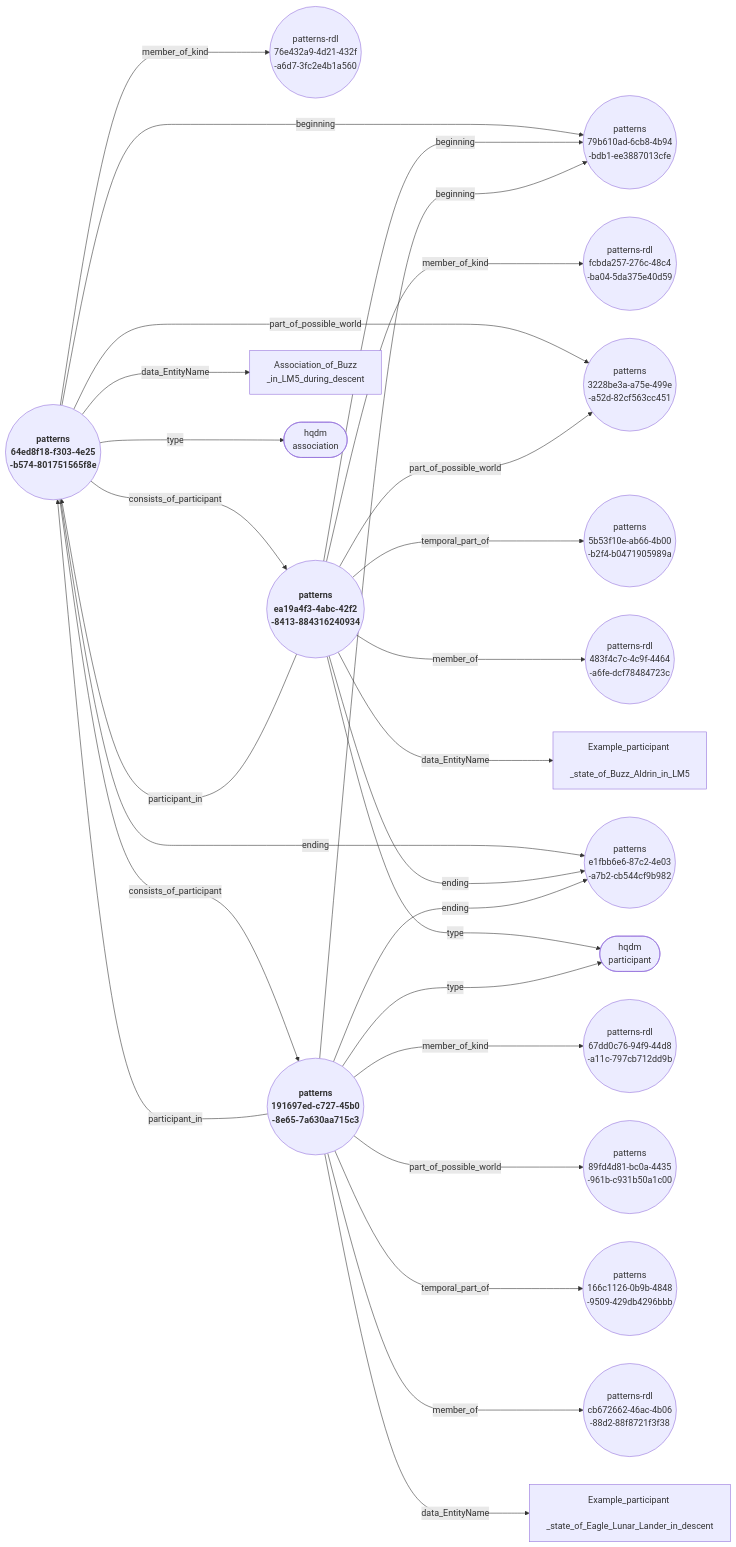
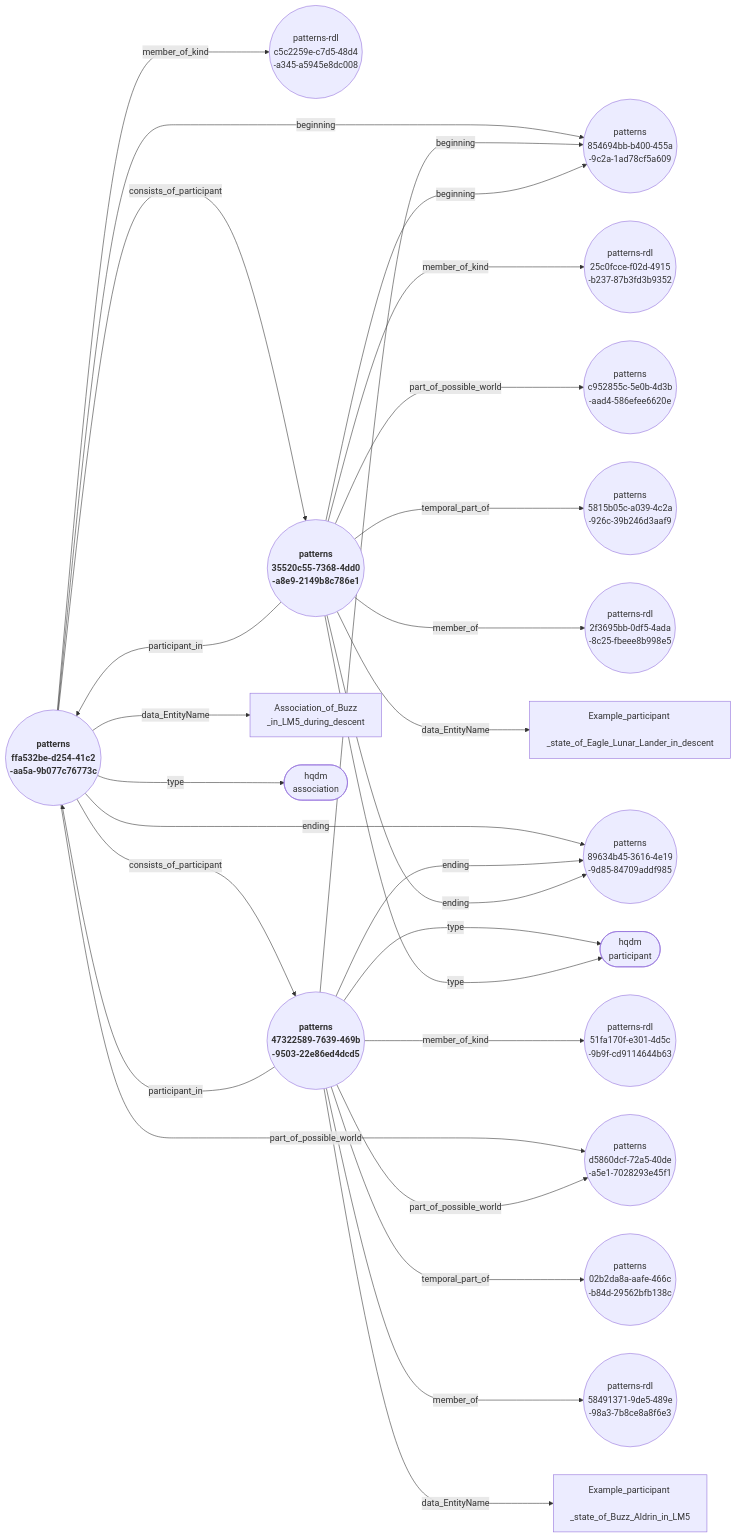
One commit to ClimbingAl/HqdmPatterns changed the diagram in docs/extras/example-files/buzzInLM5AssociationAndParticipantsNodeEdgeGraph.mermaid. Above: the diagram before and after it, drawn with Mermaid. The commit also changed 50 other files, not shown here.

````diff
--- a/docs/extras/example-files/buzzInLM5AssociationAndParticipantsNodeEdgeGraph.mermaid
+++ b/docs/extras/example-files/buzzInLM5AssociationAndParticipantsNodeEdgeGraph.mermaid
@@ -1,29 +1,29 @@
 ``` mermaid
 graph LR
-  64ed8f18-f303-4e25-b574-801751565f8e(("<b> patterns <br> 64ed8f18-f303-4e25 <br> -b574-801751565f8e"))--->|"beginning"|79b610ad-6cb8-4b94-bdb1-ee3887013cfe(("patterns <br> 79b610ad-6cb8-4b94 <br> -bdb1-ee3887013cfe"));
-  64ed8f18-f303-4e25-b574-801751565f8e(("<b> patterns <br> 64ed8f18-f303-4e25 <br> -b574-801751565f8e"))--->|"member_of_kind"|76e432a9-4d21-432f-a6d7-3fc2e4b1a560(("patterns-rdl <br> 76e432a9-4d21-432f <br> -a6d7-3fc2e4b1a560"));
-  64ed8f18-f303-4e25-b574-801751565f8e(("<b> patterns <br> 64ed8f18-f303-4e25 <br> -b574-801751565f8e"))--->|"consists_of_participant"|ea19a4f3-4abc-42f2-8413-884316240934(("<b> patterns <br> ea19a4f3-4abc-42f2 <br> -8413-884316240934"));
-  64ed8f18-f303-4e25-b574-801751565f8e(("<b> patterns <br> 64ed8f18-f303-4e25 <br> -b574-801751565f8e"))--->|"consists_of_participant"|191697ed-c727-45b0-8e65-7a630aa715c3(("<b> patterns <br> 191697ed-c727-45b0 <br> -8e65-7a630aa715c3"));
-  64ed8f18-f303-4e25-b574-801751565f8e(("<b> patterns <br> 64ed8f18-f303-4e25 <br> -b574-801751565f8e"))--->|"part_of_possible_world"|3228be3a-a75e-499e-a52d-82cf563cc451(("patterns <br> 3228be3a-a75e-499e <br> -a52d-82cf563cc451"));
-  64ed8f18-f303-4e25-b574-801751565f8e(("<b> patterns <br> 64ed8f18-f303-4e25 <br> -b574-801751565f8e"))--->|"data_EntityName"|Association_of_Buzz_in_LM5_during_descent["Association_of_Buzz <br> _in_LM5_during_descent"];
-  64ed8f18-f303-4e25-b574-801751565f8e(("<b> patterns <br> 64ed8f18-f303-4e25 <br> -b574-801751565f8e"))--->|"ending"|e1fbb6e6-87c2-4e03-a7b2-cb544cf9b982(("patterns <br> e1fbb6e6-87c2-4e03 <br> -a7b2-cb544cf9b982"));
-  64ed8f18-f303-4e25-b574-801751565f8e(("<b> patterns <br> 64ed8f18-f303-4e25 <br> -b574-801751565f8e"))--->|"type"|association(["hqdm <br> association"]);
-  ea19a4f3-4abc-42f2-8413-884316240934(("<b> patterns <br> ea19a4f3-4abc-42f2 <br> -8413-884316240934"))--->|"beginning"|79b610ad-6cb8-4b94-bdb1-ee3887013cfe(("patterns <br> 79b610ad-6cb8-4b94 <br> -bdb1-ee3887013cfe"));
-  ea19a4f3-4abc-42f2-8413-884316240934(("<b> patterns <br> ea19a4f3-4abc-42f2 <br> -8413-884316240934"))--->|"member_of_kind"|fcbda257-276c-48c4-ba04-5da375e40d59(("patterns-rdl <br> fcbda257-276c-48c4 <br> -ba04-5da375e40d59"));
-  ea19a4f3-4abc-42f2-8413-884316240934(("<b> patterns <br> ea19a4f3-4abc-42f2 <br> -8413-884316240934"))--->|"part_of_possible_world"|3228be3a-a75e-499e-a52d-82cf563cc451(("patterns <br> 3228be3a-a75e-499e <br> -a52d-82cf563cc451"));
-  ea19a4f3-4abc-42f2-8413-884316240934(("<b> patterns <br> ea19a4f3-4abc-42f2 <br> -8413-884316240934"))--->|"participant_in"|64ed8f18-f303-4e25-b574-801751565f8e(("<b> patterns <br> 64ed8f18-f303-4e25 <br> -b574-801751565f8e"));
-  ea19a4f3-4abc-42f2-8413-884316240934(("<b> patterns <br> ea19a4f3-4abc-42f2 <br> -8413-884316240934"))--->|"temporal_part_of"|5b53f10e-ab66-4b00-b2f4-b0471905989a(("patterns <br> 5b53f10e-ab66-4b00 <br> -b2f4-b0471905989a"));
-  ea19a4f3-4abc-42f2-8413-884316240934(("<b> patterns <br> ea19a4f3-4abc-42f2 <br> -8413-884316240934"))--->|"member_of"|483f4c7c-4c9f-4464-a6fe-dcf78484723c(("patterns-rdl <br> 483f4c7c-4c9f-4464 <br> -a6fe-dcf78484723c"));
-  ea19a4f3-4abc-42f2-8413-884316240934(("<b> patterns <br> ea19a4f3-4abc-42f2 <br> -8413-884316240934"))--->|"data_EntityName"|Example_participant_state_of_Buzz_Aldrin_in_LM5["Example_participant <br> _state_of_Buzz_Aldrin_in_LM5"];
-  ea19a4f3-4abc-42f2-8413-884316240934(("<b> patterns <br> ea19a4f3-4abc-42f2 <br> -8413-884316240934"))--->|"ending"|e1fbb6e6-87c2-4e03-a7b2-cb544cf9b982(("patterns <br> e1fbb6e6-87c2-4e03 <br> -a7b2-cb544cf9b982"));
-  ea19a4f3-4abc-42f2-8413-884316240934(("<b> patterns <br> ea19a4f3-4abc-42f2 <br> -8413-884316240934"))--->|"type"|participant(["hqdm <br> participant"]);
-  191697ed-c727-45b0-8e65-7a630aa715c3(("<b> patterns <br> 191697ed-c727-45b0 <br> -8e65-7a630aa715c3"))--->|"beginning"|79b610ad-6cb8-4b94-bdb1-ee3887013cfe(("patterns <br> 79b610ad-6cb8-4b94 <br> -bdb1-ee3887013cfe"));
-  191697ed-c727-45b0-8e65-7a630aa715c3(("<b> patterns <br> 191697ed-c727-45b0 <br> -8e65-7a630aa715c3"))--->|"member_of_kind"|67dd0c76-94f9-44d8-a11c-797cb712dd9b(("patterns-rdl <br> 67dd0c76-94f9-44d8 <br> -a11c-797cb712dd9b"));
-  191697ed-c727-45b0-8e65-7a630aa715c3(("<b> patterns <br> 191697ed-c727-45b0 <br> -8e65-7a630aa715c3"))--->|"part_of_possible_world"|89fd4d81-bc0a-4435-961b-c931b50a1c00(("patterns <br> 89fd4d81-bc0a-4435 <br> -961b-c931b50a1c00"));
-  191697ed-c727-45b0-8e65-7a630aa715c3(("<b> patterns <br> 191697ed-c727-45b0 <br> -8e65-7a630aa715c3"))--->|"participant_in"|64ed8f18-f303-4e25-b574-801751565f8e(("<b> patterns <br> 64ed8f18-f303-4e25 <br> -b574-801751565f8e"));
-  191697ed-c727-45b0-8e65-7a630aa715c3(("<b> patterns <br> 191697ed-c727-45b0 <br> -8e65-7a630aa715c3"))--->|"temporal_part_of"|166c1126-0b9b-4848-9509-429db4296bbb(("patterns <br> 166c1126-0b9b-4848 <br> -9509-429db4296bbb"));
-  191697ed-c727-45b0-8e65-7a630aa715c3(("<b> patterns <br> 191697ed-c727-45b0 <br> -8e65-7a630aa715c3"))--->|"member_of"|cb672662-46ac-4b06-88d2-88f8721f3f38(("patterns-rdl <br> cb672662-46ac-4b06 <br> -88d2-88f8721f3f38"));
-  191697ed-c727-45b0-8e65-7a630aa715c3(("<b> patterns <br> 191697ed-c727-45b0 <br> -8e65-7a630aa715c3"))--->|"data_EntityName"|Example_participant_state_of_Eagle_Lunar_Lander_in_descent["Example_participant <br> _state_of_Eagle_Lunar_Lander_in_descent"];
-  191697ed-c727-45b0-8e65-7a630aa715c3(("<b> patterns <br> 191697ed-c727-45b0 <br> -8e65-7a630aa715c3"))--->|"ending"|e1fbb6e6-87c2-4e03-a7b2-cb544cf9b982(("patterns <br> e1fbb6e6-87c2-4e03 <br> -a7b2-cb544cf9b982"));
-  191697ed-c727-45b0-8e65-7a630aa715c3(("<b> patterns <br> 191697ed-c727-45b0 <br> -8e65-7a630aa715c3"))--->|"type"|participant(["hqdm <br> participant"]);
+  ffa532be-d254-41c2-aa5a-9b077c76773c(("<b> patterns <br> ffa532be-d254-41c2 <br> -aa5a-9b077c76773c"))--->|"beginning"|854694bb-b400-455a-9c2a-1ad78cf5a609(("patterns <br> 854694bb-b400-455a <br> -9c2a-1ad78cf5a609"));
+  ffa532be-d254-41c2-aa5a-9b077c76773c(("<b> patterns <br> ffa532be-d254-41c2 <br> -aa5a-9b077c76773c"))--->|"member_of_kind"|c5c2259e-c7d5-48d4-a345-a5945e8dc008(("patterns-rdl <br> c5c2259e-c7d5-48d4 <br> -a345-a5945e8dc008"));
+  ffa532be-d254-41c2-aa5a-9b077c76773c(("<b> patterns <br> ffa532be-d254-41c2 <br> -aa5a-9b077c76773c"))--->|"consists_of_participant"|35520c55-7368-4dd0-a8e9-2149b8c786e1(("<b> patterns <br> 35520c55-7368-4dd0 <br> -a8e9-2149b8c786e1"));
+  ffa532be-d254-41c2-aa5a-9b077c76773c(("<b> patterns <br> ffa532be-d254-41c2 <br> -aa5a-9b077c76773c"))--->|"consists_of_participant"|47322589-7639-469b-9503-22e86ed4dcd5(("<b> patterns <br> 47322589-7639-469b <br> -9503-22e86ed4dcd5"));
+  ffa532be-d254-41c2-aa5a-9b077c76773c(("<b> patterns <br> ffa532be-d254-41c2 <br> -aa5a-9b077c76773c"))--->|"part_of_possible_world"|d5860dcf-72a5-40de-a5e1-7028293e45f1(("patterns <br> d5860dcf-72a5-40de <br> -a5e1-7028293e45f1"));
+  ffa532be-d254-41c2-aa5a-9b077c76773c(("<b> patterns <br> ffa532be-d254-41c2 <br> -aa5a-9b077c76773c"))--->|"data_EntityName"|Association_of_Buzz_in_LM5_during_descent["Association_of_Buzz <br> _in_LM5_during_descent"];
+  ffa532be-d254-41c2-aa5a-9b077c76773c(("<b> patterns <br> ffa532be-d254-41c2 <br> -aa5a-9b077c76773c"))--->|"ending"|89634b45-3616-4e19-9d85-84709addf985(("patterns <br> 89634b45-3616-4e19 <br> -9d85-84709addf985"));
+  ffa532be-d254-41c2-aa5a-9b077c76773c(("<b> patterns <br> ffa532be-d254-41c2 <br> -aa5a-9b077c76773c"))--->|"type"|association(["hqdm <br> association"]);
+  47322589-7639-469b-9503-22e86ed4dcd5(("<b> patterns <br> 47322589-7639-469b <br> -9503-22e86ed4dcd5"))--->|"beginning"|854694bb-b400-455a-9c2a-1ad78cf5a609(("patterns <br> 854694bb-b400-455a <br> -9c2a-1ad78cf5a609"));
+  47322589-7639-469b-9503-22e86ed4dcd5(("<b> patterns <br> 47322589-7639-469b <br> -9503-22e86ed4dcd5"))--->|"member_of_kind"|51fa170f-e301-4d5c-9b9f-cd9114644b63(("patterns-rdl <br> 51fa170f-e301-4d5c <br> -9b9f-cd9114644b63"));
+  47322589-7639-469b-9503-22e86ed4dcd5(("<b> patterns <br> 47322589-7639-469b <br> -9503-22e86ed4dcd5"))--->|"part_of_possible_world"|d5860dcf-72a5-40de-a5e1-7028293e45f1(("patterns <br> d5860dcf-72a5-40de <br> -a5e1-7028293e45f1"));
+  47322589-7639-469b-9503-22e86ed4dcd5(("<b> patterns <br> 47322589-7639-469b <br> -9503-22e86ed4dcd5"))--->|"participant_in"|ffa532be-d254-41c2-aa5a-9b077c76773c(("<b> patterns <br> ffa532be-d254-41c2 <br> -aa5a-9b077c76773c"));
+  47322589-7639-469b-9503-22e86ed4dcd5(("<b> patterns <br> 47322589-7639-469b <br> -9503-22e86ed4dcd5"))--->|"temporal_part_of"|02b2da8a-aafe-466c-b84d-29562bfb138c(("patterns <br> 02b2da8a-aafe-466c <br> -b84d-29562bfb138c"));
+  47322589-7639-469b-9503-22e86ed4dcd5(("<b> patterns <br> 47322589-7639-469b <br> -9503-22e86ed4dcd5"))--->|"member_of"|58491371-9de5-489e-98a3-7b8ce8a8f6e3(("patterns-rdl <br> 58491371-9de5-489e <br> -98a3-7b8ce8a8f6e3"));
+  47322589-7639-469b-9503-22e86ed4dcd5(("<b> patterns <br> 47322589-7639-469b <br> -9503-22e86ed4dcd5"))--->|"data_EntityName"|Example_participant_state_of_Buzz_Aldrin_in_LM5["Example_participant <br> _state_of_Buzz_Aldrin_in_LM5"];
+  47322589-7639-469b-9503-22e86ed4dcd5(("<b> patterns <br> 47322589-7639-469b <br> -9503-22e86ed4dcd5"))--->|"ending"|89634b45-3616-4e19-9d85-84709addf985(("patterns <br> 89634b45-3616-4e19 <br> -9d85-84709addf985"));
+  47322589-7639-469b-9503-22e86ed4dcd5(("<b> patterns <br> 47322589-7639-469b <br> -9503-22e86ed4dcd5"))--->|"type"|participant(["hqdm <br> participant"]);
+  35520c55-7368-4dd0-a8e9-2149b8c786e1(("<b> patterns <br> 35520c55-7368-4dd0 <br> -a8e9-2149b8c786e1"))--->|"beginning"|854694bb-b400-455a-9c2a-1ad78cf5a609(("patterns <br> 854694bb-b400-455a <br> -9c2a-1ad78cf5a609"));
+  35520c55-7368-4dd0-a8e9-2149b8c786e1(("<b> patterns <br> 35520c55-7368-4dd0 <br> -a8e9-2149b8c786e1"))--->|"member_of_kind"|25c0fcce-f02d-4915-b237-87b3fd3b9352(("patterns-rdl <br> 25c0fcce-f02d-4915 <br> -b237-87b3fd3b9352"));
+  35520c55-7368-4dd0-a8e9-2149b8c786e1(("<b> patterns <br> 35520c55-7368-4dd0 <br> -a8e9-2149b8c786e1"))--->|"part_of_possible_world"|c952855c-5e0b-4d3b-aad4-586efee6620e(("patterns <br> c952855c-5e0b-4d3b <br> -aad4-586efee6620e"));
+  35520c55-7368-4dd0-a8e9-2149b8c786e1(("<b> patterns <br> 35520c55-7368-4dd0 <br> -a8e9-2149b8c786e1"))--->|"participant_in"|ffa532be-d254-41c2-aa5a-9b077c76773c(("<b> patterns <br> ffa532be-d254-41c2 <br> -aa5a-9b077c76773c"));
+  35520c55-7368-4dd0-a8e9-2149b8c786e1(("<b> patterns <br> 35520c55-7368-4dd0 <br> -a8e9-2149b8c786e1"))--->|"temporal_part_of"|5815b05c-a039-4c2a-926c-39b246d3aaf9(("patterns <br> 5815b05c-a039-4c2a <br> -926c-39b246d3aaf9"));
+  35520c55-7368-4dd0-a8e9-2149b8c786e1(("<b> patterns <br> 35520c55-7368-4dd0 <br> -a8e9-2149b8c786e1"))--->|"member_of"|2f3695bb-0df5-4ada-8c25-fbeee8b998e5(("patterns-rdl <br> 2f3695bb-0df5-4ada <br> -8c25-fbeee8b998e5"));
+  35520c55-7368-4dd0-a8e9-2149b8c786e1(("<b> patterns <br> 35520c55-7368-4dd0 <br> -a8e9-2149b8c786e1"))--->|"data_EntityName"|Example_participant_state_of_Eagle_Lunar_Lander_in_descent["Example_participant <br> _state_of_Eagle_Lunar_Lander_in_descent"];
+  35520c55-7368-4dd0-a8e9-2149b8c786e1(("<b> patterns <br> 35520c55-7368-4dd0 <br> -a8e9-2149b8c786e1"))--->|"ending"|89634b45-3616-4e19-9d85-84709addf985(("patterns <br> 89634b45-3616-4e19 <br> -9d85-84709addf985"));
+  35520c55-7368-4dd0-a8e9-2149b8c786e1(("<b> patterns <br> 35520c55-7368-4dd0 <br> -a8e9-2149b8c786e1"))--->|"type"|participant(["hqdm <br> participant"]);
 ```
````
